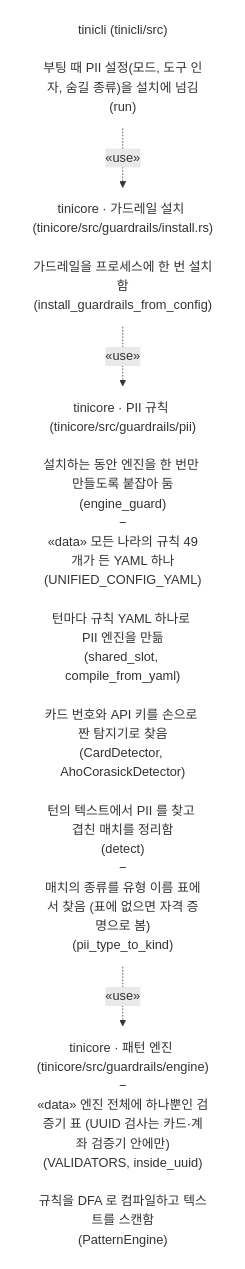
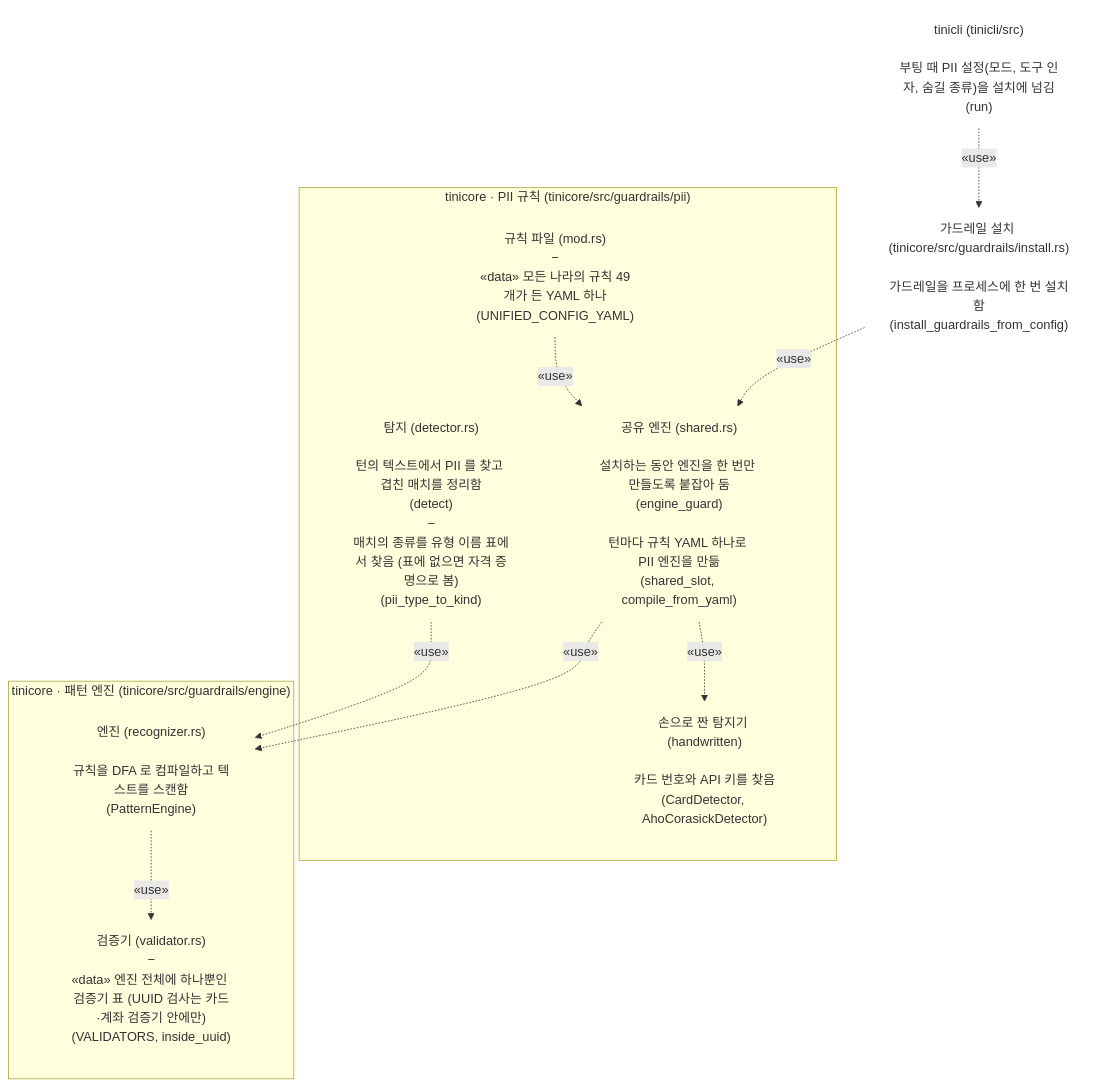
Before and after one commit to sbc10620/shared: the diagram in reports/20261029-ARGO-multilingual-pii/fig1-before.mmd, drawn with Mermaid. The commit also changed 7 other files, not shown here.

```diff
--- a/reports/20261029-ARGO-multilingual-pii/fig1-before.mmd
+++ b/reports/20261029-ARGO-multilingual-pii/fig1-before.mmd
@@ -1,10 +1,22 @@
 flowchart TB
   p_cli["<div class='pk '><div class='tab'>tinicli <span class='path'>(tinicli/src)</span></div><div class='body'><div class='it '><span class='mk'>&nbsp;</span><div><div class='role'>부팅 때 PII 설정(모드, 도구 인자, 숨길 종류)을 설치에 넘김</div><div class='fn'>(run)</div></div></div></div></div>"]
-  p_inst["<div class='pk '><div class='tab'>tinicore · 가드레일 설치 <span class='path'>(tinicore/src/guardrails/install.rs)</span></div><div class='body'><div class='it '><span class='mk'>&nbsp;</span><div><div class='role'>가드레일을 프로세스에 한 번 설치함</div><div class='fn'>(install_guardrails_from_config)</div></div></div></div></div>"]
-  p_pii["<div class='pk '><div class='tab'>tinicore · PII 규칙 <span class='path'>(tinicore/src/guardrails/pii)</span></div><div class='body'><div class='it '><span class='mk'>&nbsp;</span><div><div class='role'>설치하는 동안 엔진을 한 번만 만들도록 붙잡아 둠</div><div class='fn'>(engine_guard)</div></div></div><div class='it removed'><span class='mk'>−</span><div><div class='role'><span class='st'>«data»</span> 모든 나라의 규칙 49개가 든 YAML 하나</div><div class='fn'>(UNIFIED_CONFIG_YAML)</div></div></div><div class='it '><span class='mk'>&nbsp;</span><div><div class='role'>턴마다 규칙 YAML 하나로 PII 엔진을 만듦</div><div class='fn'>(shared_slot, compile_from_yaml)</div></div></div><div class='it '><span class='mk'>&nbsp;</span><div><div class='role'>카드 번호와 API 키를 손으로 짠 탐지기로 찾음</div><div class='fn'>(CardDetector, AhoCorasickDetector)</div></div></div><div class='it '><span class='mk'>&nbsp;</span><div><div class='role'>턴의 텍스트에서 PII 를 찾고 겹친 매치를 정리함</div><div class='fn'>(detect)</div></div></div><div class='it removed'><span class='mk'>−</span><div><div class='role'>매치의 종류를 유형 이름 표에서 찾음 (표에 없으면 자격 증명으로 봄)</div><div class='fn'>(pii_type_to_kind)</div></div></div></div></div>"]
-  p_eng["<div class='pk '><div class='tab'>tinicore · 패턴 엔진 <span class='path'>(tinicore/src/guardrails/engine)</span></div><div class='body'><div class='it removed'><span class='mk'>−</span><div><div class='role'><span class='st'>«data»</span> 엔진 전체에 하나뿐인 검증기 표 (UUID 검사는 카드·계좌 검증기 안에만)</div><div class='fn'>(VALIDATORS, inside_uuid)</div></div></div><div class='it '><span class='mk'>&nbsp;</span><div><div class='role'>규칙을 DFA 로 컴파일하고 텍스트를 스캔함</div><div class='fn'>(PatternEngine)</div></div></div></div></div>"]
+  p_inst["<div class='pk '><div class='tab'>가드레일 설치 <span class='path'>(tinicore/src/guardrails/install.rs)</span></div><div class='body'><div class='it '><span class='mk'>&nbsp;</span><div><div class='role'>가드레일을 프로세스에 한 번 설치함</div><div class='fn'>(install_guardrails_from_config)</div></div></div></div></div>"]
+  subgraph g_pii["tinicore · PII 규칙 <span class='path'>(tinicore/src/guardrails/pii)</span>"]
+    p_conf["<div class='pk '><div class='tab'>규칙 파일 <span class='path'>(mod.rs)</span></div><div class='body'><div class='it removed'><span class='mk'>−</span><div><div class='role'><span class='st'>«data»</span> 모든 나라의 규칙 49개가 든 YAML 하나</div><div class='fn'>(UNIFIED_CONFIG_YAML)</div></div></div></div></div>"]
+    p_shared["<div class='pk '><div class='tab'>공유 엔진 <span class='path'>(shared.rs)</span></div><div class='body'><div class='it '><span class='mk'>&nbsp;</span><div><div class='role'>설치하는 동안 엔진을 한 번만 만들도록 붙잡아 둠</div><div class='fn'>(engine_guard)</div></div></div><div class='it '><span class='mk'>&nbsp;</span><div><div class='role'>턴마다 규칙 YAML 하나로 PII 엔진을 만듦</div><div class='fn'>(shared_slot, compile_from_yaml)</div></div></div></div></div>"]
+    p_hw["<div class='pk '><div class='tab'>손으로 짠 탐지기 <span class='path'>(handwritten)</span></div><div class='body'><div class='it '><span class='mk'>&nbsp;</span><div><div class='role'>카드 번호와 API 키를 찾음</div><div class='fn'>(CardDetector, AhoCorasickDetector)</div></div></div></div></div>"]
+    p_det["<div class='pk '><div class='tab'>탐지 <span class='path'>(detector.rs)</span></div><div class='body'><div class='it '><span class='mk'>&nbsp;</span><div><div class='role'>턴의 텍스트에서 PII 를 찾고 겹친 매치를 정리함</div><div class='fn'>(detect)</div></div></div><div class='it removed'><span class='mk'>−</span><div><div class='role'>매치의 종류를 유형 이름 표에서 찾음 (표에 없으면 자격 증명으로 봄)</div><div class='fn'>(pii_type_to_kind)</div></div></div></div></div>"]
+  end
+  subgraph g_eng["tinicore · 패턴 엔진 <span class='path'>(tinicore/src/guardrails/engine)</span>"]
+    p_val["<div class='pk '><div class='tab'>검증기 <span class='path'>(validator.rs)</span></div><div class='body'><div class='it removed'><span class='mk'>−</span><div><div class='role'><span class='st'>«data»</span> 엔진 전체에 하나뿐인 검증기 표 (UUID 검사는 카드·계좌 검증기 안에만)</div><div class='fn'>(VALIDATORS, inside_uuid)</div></div></div></div></div>"]
+    p_rec["<div class='pk '><div class='tab'>엔진 <span class='path'>(recognizer.rs)</span></div><div class='body'><div class='it '><span class='mk'>&nbsp;</span><div><div class='role'>규칙을 DFA 로 컴파일하고 텍스트를 스캔함</div><div class='fn'>(PatternEngine)</div></div></div></div></div>"]
+  end
   p_cli -. "«use»" .-> p_inst
-  p_inst -. "«use»" .-> p_pii
-  p_pii -. "«use»" .-> p_eng
+  p_inst -. "«use»" .-> p_shared
+  p_conf -. "«use»" .-> p_shared
+  p_shared -. "«use»" .-> p_rec
+  p_shared -. "«use»" .-> p_hw
+  p_det -. "«use»" .-> p_rec
+  p_rec -. "«use»" .-> p_val
   classDef pkg fill:none,stroke:none
-  class p_cli,p_inst,p_pii,p_eng pkg
+  class p_cli,p_inst,p_conf,p_shared,p_hw,p_det,p_val,p_rec pkg
```
